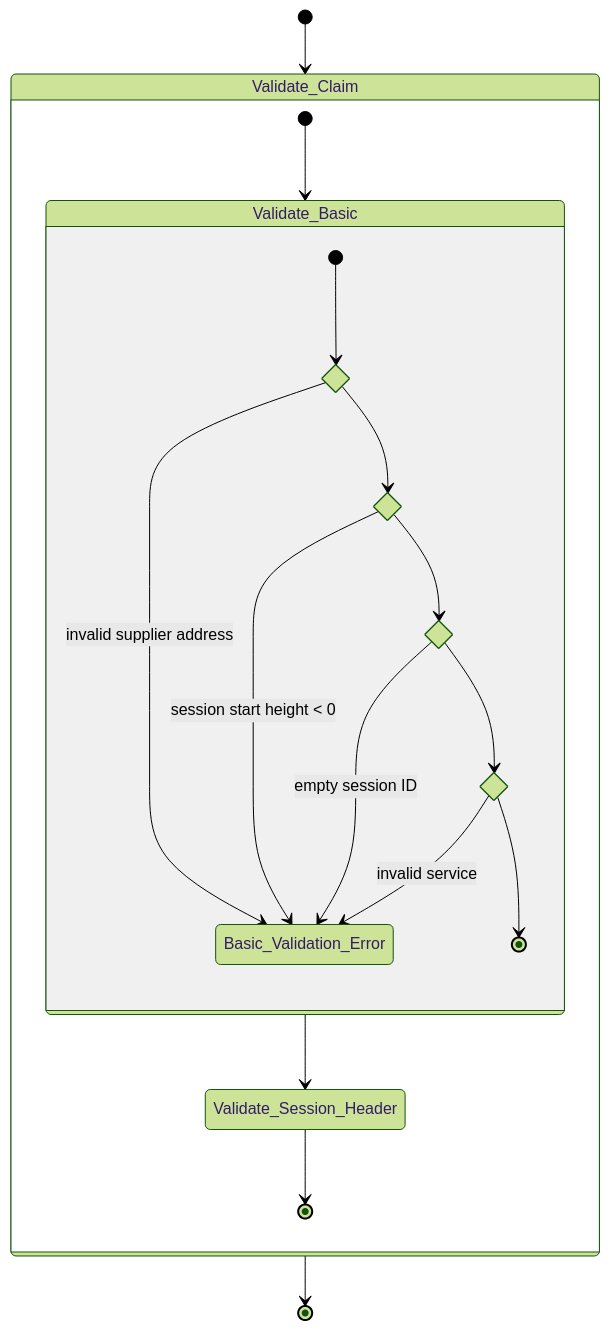
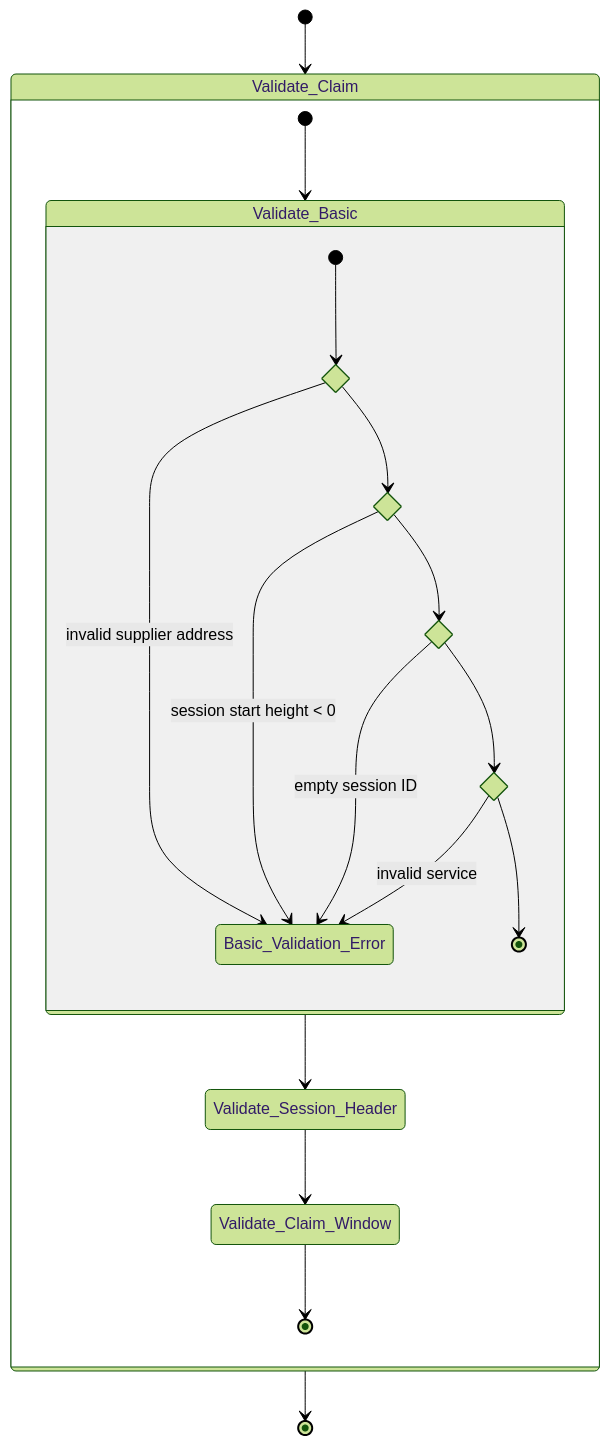
The third of 16 diagrams in docusaurus/docs/protocol/primitives/claim_and_proof_lifecycle.md (pokt-network/poktroll), drawn with Mermaid (forest theme) before and after one commit. The commit also changed other lines of this file, not shown here.

Commit message:
chore: add missing window validation & links

````diff
--- a/docusaurus/docs/protocol/primitives/claim_and_proof_lifecycle.md
+++ b/docusaurus/docs/protocol/primitives/claim_and_proof_lifecycle.md
@@ -153,30 +153,31 @@
 ```mermaid
 stateDiagram-v2
 
 [*] --> Validate_Claim
 state Validate_Claim {
     [*] --> Validate_Basic
     
     state Validate_Basic {
         state if_session_start_gt_0 <<choice>>
         state if_session_id_empty <<choice>>
         state if_service_invalid <<choice>>
         state if_supplier_addr_valid <<choice>>
         
         [*] --> if_supplier_addr_valid
         if_supplier_addr_valid --> Basic_Validation_Error: invalid supplier address
         if_supplier_addr_valid --> if_session_start_gt_0
         if_session_start_gt_0 --> Basic_Validation_Error: session start height < 0
         if_session_start_gt_0 --> if_session_id_empty
         if_session_id_empty --> Basic_Validation_Error: empty session ID
         if_session_id_empty --> if_service_invalid
         if_service_invalid --> Basic_Validation_Error: invalid service
         if_service_invalid --> [*]
     }
 
     Validate_Basic --> Validate_Session_Header
     Validate_Session_Header
-    Validate_Session_Header --> [*]
+    Validate_Session_Header --> Validate_Claim_Window
+    Validate_Claim_Window -->[*]
 }
 Validate_Claim --> [*]
 ```
````
